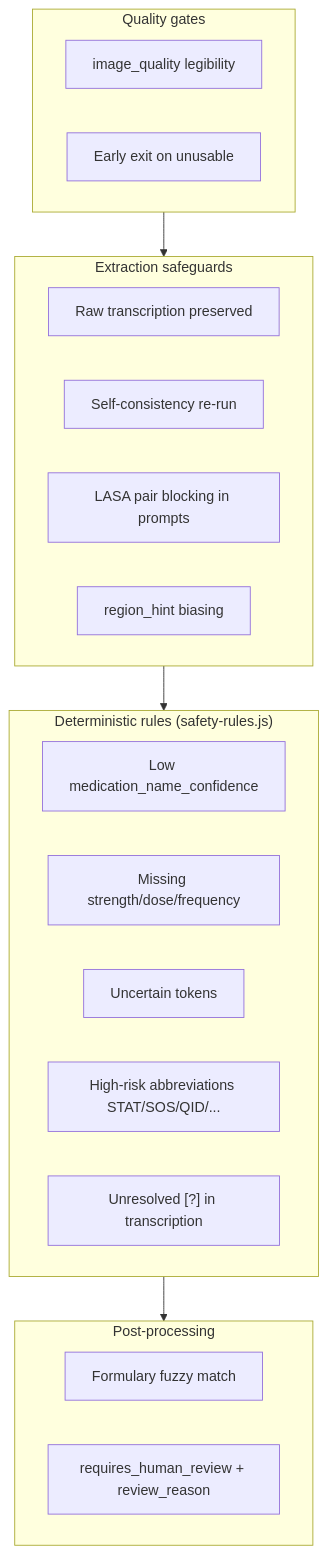
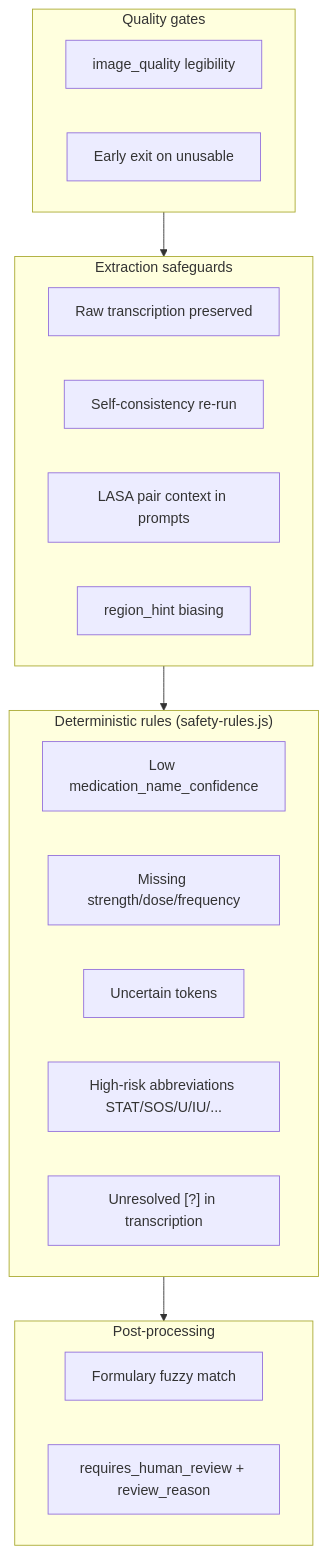
One commit to annu12340/UnScribble changed the seventh of 12 diagrams in docs/ARCHITECTURE.md. Above: the diagram before and after it, drawn with Mermaid. The commit also changed other lines of this file and 75 other files, not shown here.

````diff
--- a/docs/ARCHITECTURE.md
+++ b/docs/ARCHITECTURE.md
@@ -390,31 +389,31 @@
 ```mermaid
 flowchart TB
     subgraph Gates["Quality gates"]
         IQ["image_quality legibility"]
         EE["Early exit on unusable"]
     end
 
     subgraph Extraction["Extraction safeguards"]
         RT["Raw transcription preserved"]
         SC["Self-consistency re-run"]
-        LASA["LASA pair blocking in prompts"]
+        LASA["LASA pair context in prompts"]
         RH["region_hint biasing"]
     end
 
     subgraph Deterministic["Deterministic rules (safety-rules.js)"]
         LC["Low medication_name_confidence"]
         MD["Missing strength/dose/frequency"]
         UT["Uncertain tokens"]
-        HR["High-risk abbreviations STAT/SOS/QID/..."]
+        HR["High-risk abbreviations STAT/SOS/U/IU/..."]
         TR["Unresolved [?] in transcription"]
     end
 
     subgraph Post["Post-processing"]
         FM["Formulary fuzzy match"]
         RV["requires_human_review + review_reason"]
     end
 
     Gates --> Extraction
     Extraction --> Deterministic
     Deterministic --> Post
 ```
````
